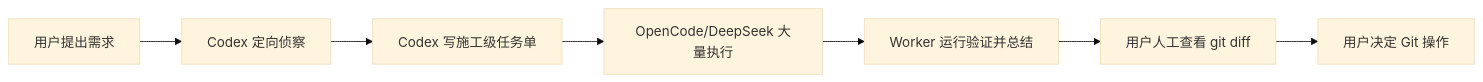
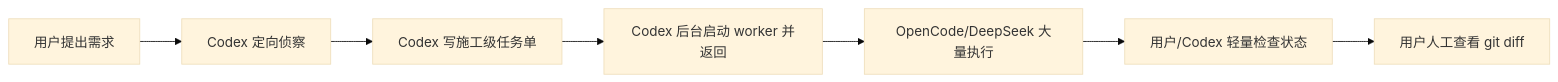
Before and after one commit to ysj98/Codex-OpenCode-Worker-Workflow: the diagram in README.md, drawn with Mermaid (base theme). The commit also changed other lines of this file and 5 other files, not shown here.

Commit message:
feat: 程改成 async-first：Codex 启动 worker 后立刻返回，不再陪 OpenCode/DeepSeek 跑完整实现过程

````diff
--- a/README.md
+++ b/README.md
@@ -90,9 +108,9 @@
 ```mermaid
 flowchart LR
   A["用户提出需求"] --> B["Codex 定向侦察"]
   B --> C["Codex 写施工级任务单"]
-  C --> D["OpenCode/DeepSeek 大量执行"]
-  D --> E["Worker 运行验证并总结"]
-  E --> F["用户人工查看 git diff"]
-  F --> G["用户决定 Git 操作"]
+  C --> D["Codex 后台启动 worker 并返回"]
+  D --> E["OpenCode/DeepSeek 大量执行"]
+  E --> F["用户/Codex 轻量检查状态"]
+  F --> G["用户人工查看 git diff"]
 ```
````
